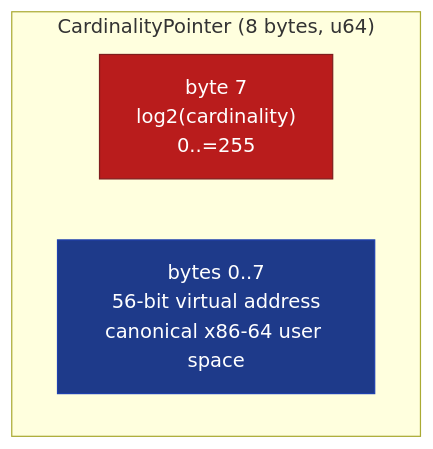
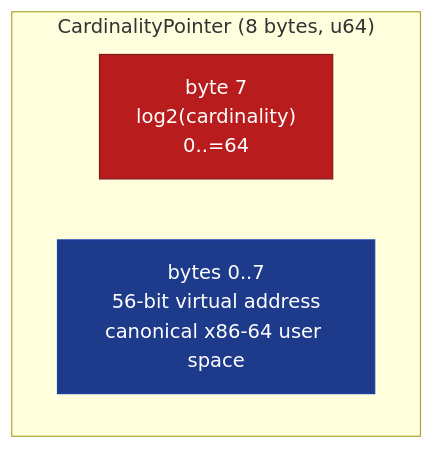
One commit to Variably-Constant/SubEtha changed the first of 2 diagrams in wiki/content/docs/reference/subetha-pointers/exotic-pointers/cardinality-pointer.md. Above: the diagram before and after it, drawn with Mermaid. The commit also changed other lines of this file and 471 other files, not shown here.

````diff
--- a/wiki/content/docs/reference/subetha-pointers/exotic-pointers/cardinality-pointer.md
+++ b/wiki/content/docs/reference/subetha-pointers/exotic-pointers/cardinality-pointer.md
@@ -138,13 +135,13 @@
 ```mermaid
 flowchart LR
     subgraph CP["CardinalityPointer (8 bytes, u64)"]
       direction LR
-      C["byte 7<br/>log2(cardinality)<br/>0..=255"]
+      C["byte 7<br/>log2(cardinality)<br/>0..=64"]
       A["bytes 0..7<br/>56-bit virtual address<br/>canonical x86-64 user space"]
     end
 
     classDef card fill:#b91c1c,stroke:#7f1d1d,color:#ffffff
     classDef addr fill:#1e3a8a,stroke:#1e40af,color:#ffffff
     class C card
     class A addr
 ```
````
